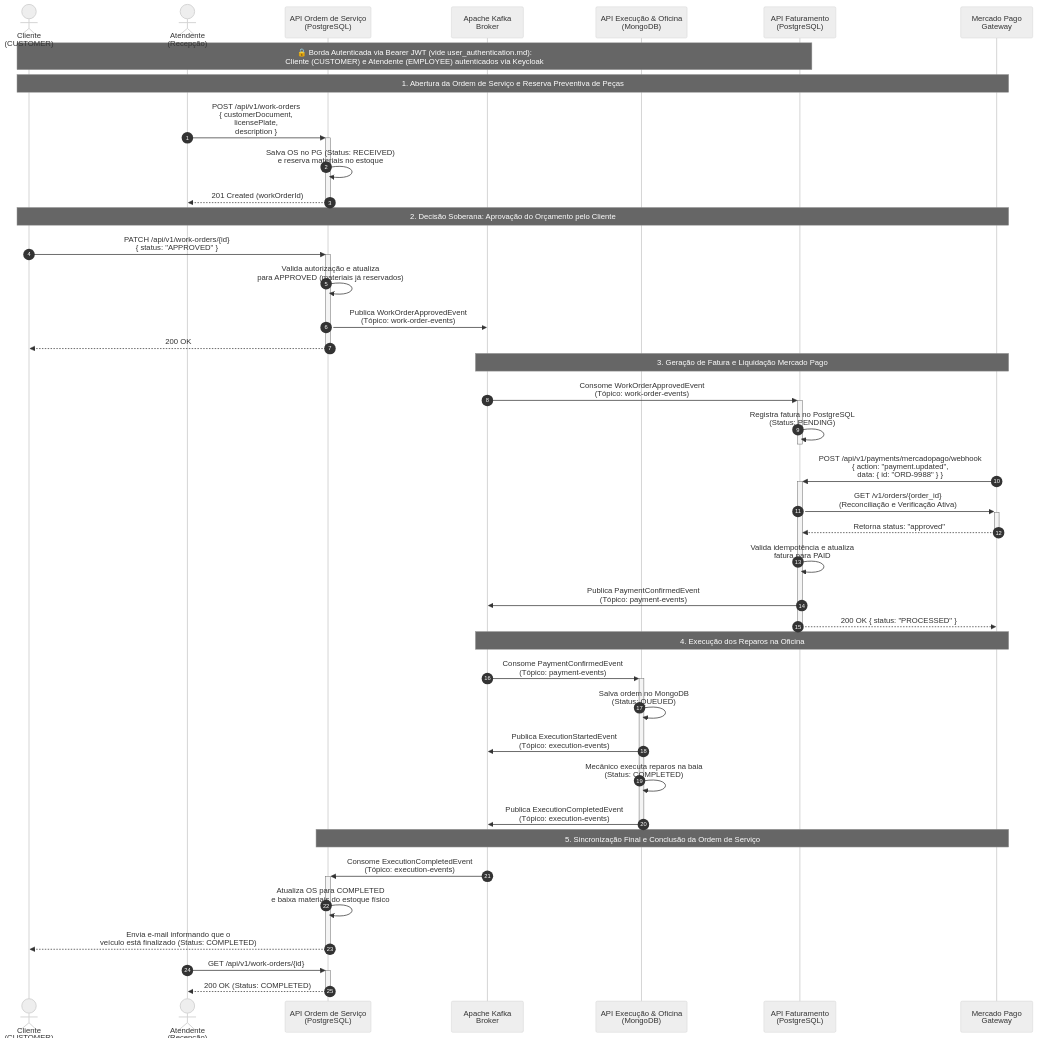
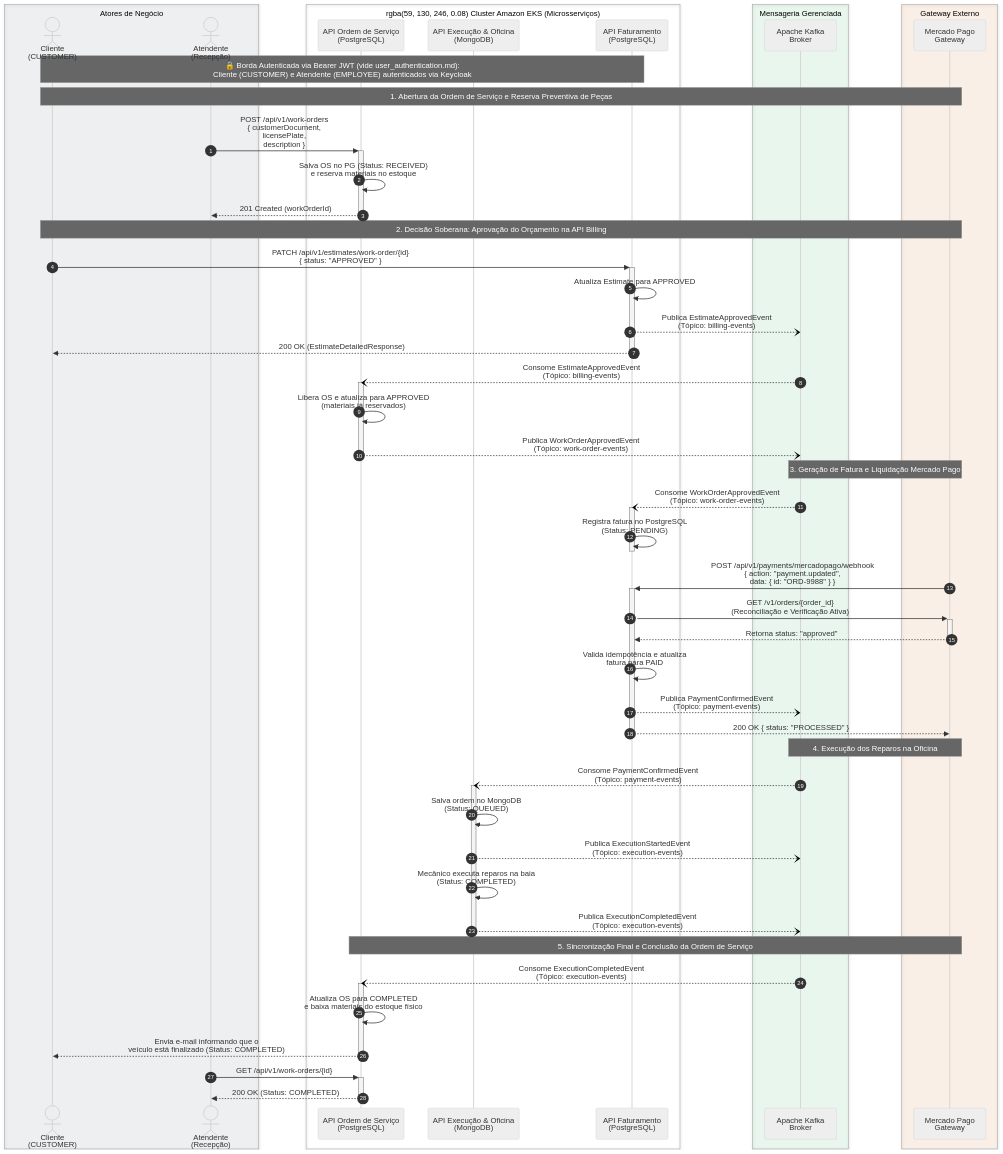
One commit to rodsordi/15soat-phase4-e2e changed the first of 4 diagrams in src/test/resources/features/saga/choreographed_saga.md. Above: the diagram before and after it, drawn with Mermaid (neutral theme). The commit also changed other lines of this file and 19 other files, not shown here.

Commit message:
feat(e2e): update sequence diagrams, estimate lifecycle features and step definitions

````diff
--- a/src/test/resources/features/saga/choreographed_saga.md
+++ b/src/test/resources/features/saga/choreographed_saga.md
@@ -33,56 +24,72 @@
 ```mermaid
 sequenceDiagram
     autonumber
-    actor Cliente as Cliente<br/>(CUSTOMER)
-    actor Atendente as Atendente<br/>(Recepção)
-    participant OS as API Ordem de Serviço<br/>(PostgreSQL)
-    participant Kafka as Apache Kafka<br/>Broker
-    participant Exec as API Execução & Oficina<br/>(MongoDB)
-    participant Billing as API Faturamento<br/>(PostgreSQL)
-    participant MP as Mercado Pago<br/>Gateway
+    box rgba(100, 116, 139, 0.08) Atores de Negócio
+        actor Cliente as Cliente<br/>(CUSTOMER)
+        actor Atendente as Atendente<br/>(Recepção)
+    end
+    box rgba(59, 130, 246, 0.08) Cluster Amazon EKS (Microsserviços)
+        participant OS as API Ordem de Serviço<br/>(PostgreSQL)
+        participant Exec as API Execução & Oficina<br/>(MongoDB)
+        participant Billing as API Faturamento<br/>(PostgreSQL)
+    end
+    box rgba(34, 197, 94, 0.08) Mensageria Gerenciada
+        participant Kafka as Apache Kafka<br/>Broker
+    end
+    box rgba(249, 115, 22, 0.08) Gateway Externo
+        participant MP as Mercado Pago<br/>Gateway
+    end
 
     Note over Cliente,Billing: 🔒 Borda Autenticada via Bearer JWT (vide user_authentication.md):<br/>Cliente (CUSTOMER) e Atendente (EMPLOYEE) autenticados via Keycloak
 
     %% Abertura
     Note over Cliente,MP: 1. Abertura da Ordem de Serviço e Reserva Preventiva de Peças
     Atendente->>+OS: POST /api/v1/work-orders<br/>{ customerDocument,<br/>  licensePlate,<br/>  description }
     OS->>OS: Salva OS no PG (Status: RECEIVED)<br/>e reserva materiais no estoque
     OS-->>-Atendente: 201 Created (workOrderId)
 
-    %% Aprovação
-    Note over Cliente,MP: 2. Decisão Soberana: Aprovação do Orçamento pelo Cliente
-    Cliente->>+OS: PATCH /api/v1/work-orders/{id}<br/>{ status: "APPROVED" }
-    OS->>OS: Valida autorização e atualiza<br/>para APPROVED (materiais já reservados)
-    OS->>Kafka: Publica WorkOrderApprovedEvent<br/>(Tópico: work-order-events)
-    OS-->>-Cliente: 200 OK
+    %% Aprovação Soberana na API Billing
+    Note over Cliente,MP: 2. Decisão Soberana: Aprovação do Orçamento na API Billing
+    Cliente->>+Billing: PATCH /api/v1/estimates/work-order/{id}<br/>{ status: "APPROVED" }
+    Billing->>Billing: Atualiza Estimate para APPROVED
+    Billing--)Kafka: Publica EstimateApprovedEvent<br/>(Tópico: billing-events)
+    Billing-->>-Cliente: 200 OK (EstimateDetailedResponse)
+    Kafka--)OS: Consome EstimateApprovedEvent<br/>(Tópico: billing-events)
+    activate OS
+    OS->>OS: Libera OS e atualiza para APPROVED<br/>(materiais já reservados)
+    OS--)Kafka: Publica WorkOrderApprovedEvent<br/>(Tópico: work-order-events)
+    deactivate OS
 
     %% Faturamento e Pagamento
     Note over Kafka,MP: 3. Geração de Fatura e Liquidação Mercado Pago
-    Kafka->>+Billing: Consome WorkOrderApprovedEvent<br/>(Tópico: work-order-events)
+    Kafka--)Billing: Consome WorkOrderApprovedEvent<br/>(Tópico: work-order-events)
+    activate Billing
     Billing->>Billing: Registra fatura no PostgreSQL<br/>(Status: PENDING)
     deactivate Billing
     MP->>+Billing: POST /api/v1/payments/mercadopago/webhook<br/>{ action: "payment.updated",<br/>  data: { id: "ORD-9988" } }
     Billing->>+MP: GET /v1/orders/{order_id}<br/>(Reconciliação e Verificação Ativa)
     MP-->>-Billing: Retorna status: "approved"
     Billing->>Billing: Valida idempotência e atualiza<br/>fatura para PAID
-    Billing->>Kafka: Publica PaymentConfirmedEvent<br/>(Tópico: payment-events)
+    Billing--)Kafka: Publica PaymentConfirmedEvent<br/>(Tópico: payment-events)
     Billing-->>-MP: 200 OK { status: "PROCESSED" }
 
     %% Execução na Oficina
     Note over Kafka,MP: 4. Execução dos Reparos na Oficina
-    Kafka->>+Exec: Consome PaymentConfirmedEvent<br/>(Tópico: payment-events)
+    Kafka--)Exec: Consome PaymentConfirmedEvent<br/>(Tópico: payment-events)
+    activate Exec
     Exec->>Exec: Salva ordem no MongoDB<br/>(Status: QUEUED)
-    Exec->>Kafka: Publica ExecutionStartedEvent<br/>(Tópico: execution-events)
+    Exec--)Kafka: Publica ExecutionStartedEvent<br/>(Tópico: execution-events)
     Exec->>Exec: Mecânico executa reparos na baia<br/>(Status: COMPLETED)
-    Exec->>Kafka: Publica ExecutionCompletedEvent<br/>(Tópico: execution-events)
+    Exec--)Kafka: Publica ExecutionCompletedEvent<br/>(Tópico: execution-events)
     deactivate Exec
 
     %% Conclusão Final
     Note over OS,MP: 5. Sincronização Final e Conclusão da Ordem de Serviço
-    Kafka->>+OS: Consome ExecutionCompletedEvent<br/>(Tópico: execution-events)
+    Kafka--)OS: Consome ExecutionCompletedEvent<br/>(Tópico: execution-events)
+    activate OS
     OS->>OS: Atualiza OS para COMPLETED<br/>e baixa materiais do estoque físico
     OS-->>Cliente: Envia e-mail informando que o<br/>veículo está finalizado (Status: COMPLETED)
     deactivate OS
     Atendente->>+OS: GET /api/v1/work-orders/{id}
     OS-->>-Atendente: 200 OK (Status: COMPLETED)
 ```
````
